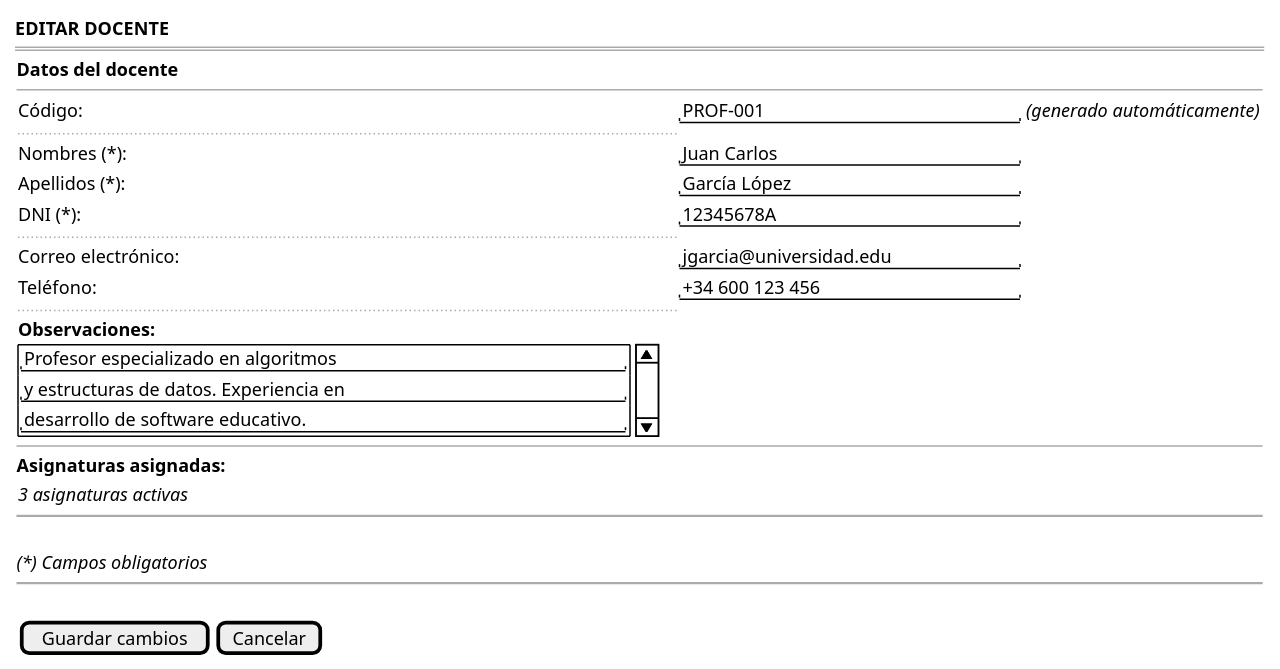
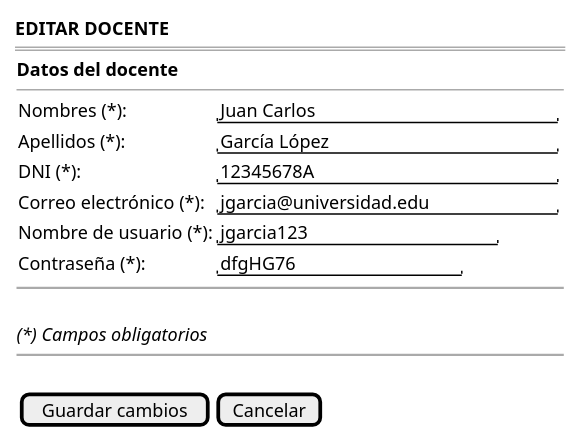
The diagram in documents/casos-de-uso/prototipadoCasosDeUso/editarDocente/editarDocente.puml (martinlopez7/25-26-IdSw1-SdR), drawn with PlantUML before and after one commit. The commit also changed 13 other files, not shown here.

```diff
--- a/documents/casos-de-uso/prototipadoCasosDeUso/editarDocente/editarDocente.puml
+++ b/documents/casos-de-uso/prototipadoCasosDeUso/editarDocente/editarDocente.puml
@@ -1,42 +1,26 @@
 @startsalt editarDocente_FORMULARIO
 {
     <b>EDITAR DOCENTE</b>
     ===
     {
         <b>Datos del docente</b>
         --
         {
-            Código: | "PROF-001                    " | <i>(generado automáticamente)</i>
-            ..
             Nombres (*):    | "Juan Carlos                 "
             Apellidos (*):  | "García López                "
             DNI (*):        | "12345678A                   "
-            ..
-            Correo electrónico: | "jgarcia@universidad.edu     "
-            Teléfono:           | "+34 600 123 456             "
-            ..
-            <b>Observaciones:</b>
-            {SI
-                "Profesor especializado en algoritmos              "
-                "y estructuras de datos. Experiencia en            "
-                "desarrollo de software educativo.                 "
-            }
-        }
-        
-        --
-        
-        <b>Asignaturas asignadas:</b>
-        {
-            <i>3 asignaturas activas</i>
+            Correo electrónico (*): | "jgarcia@universidad.edu     "
+            Nombre de usuario (*):           | "jgarcia123             "
+            Contraseña (*):           | "dfgHG76             "
         }
         
         ~~
         .
         <i>(*) Campos obligatorios</i>
         
         ~~
         .
         {[Guardar cambios] | [Cancelar]}
     }
 }
 @endsalt
```
